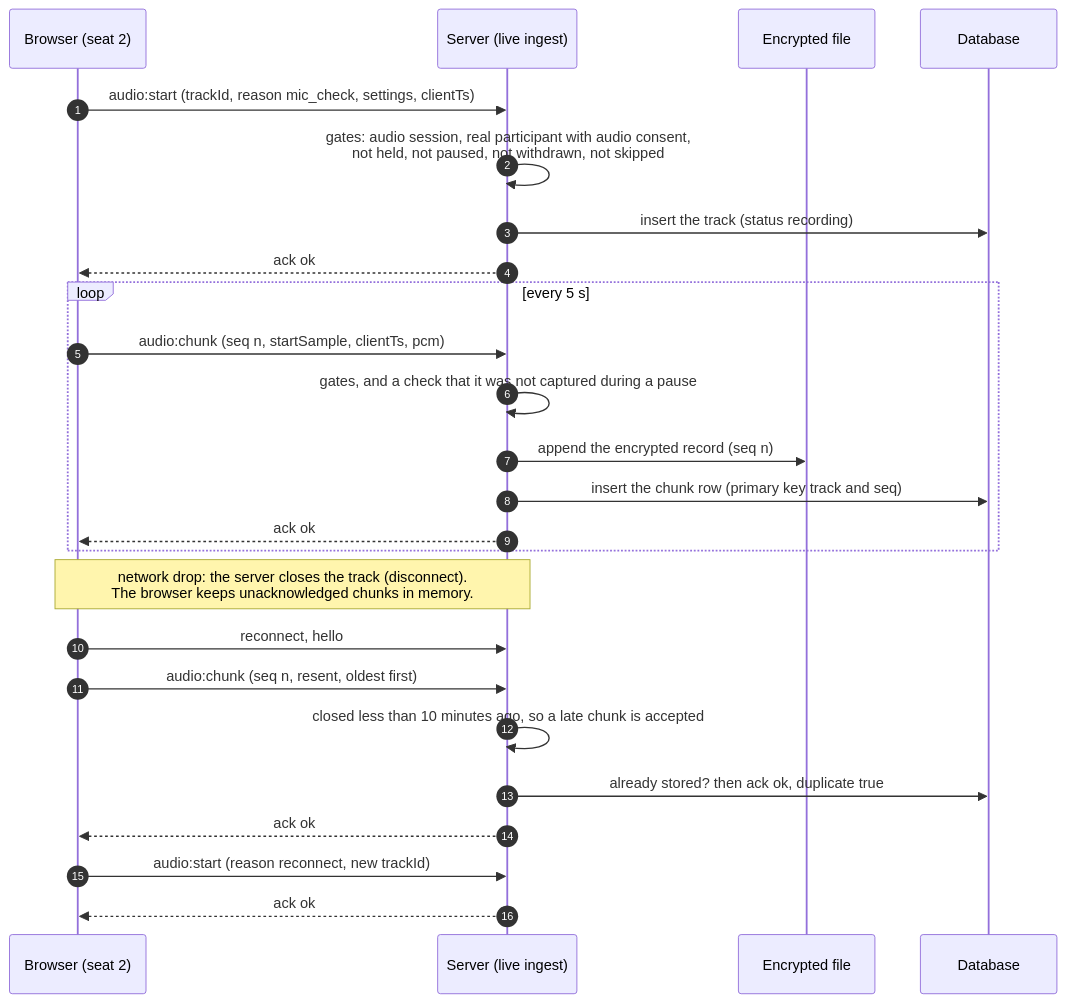
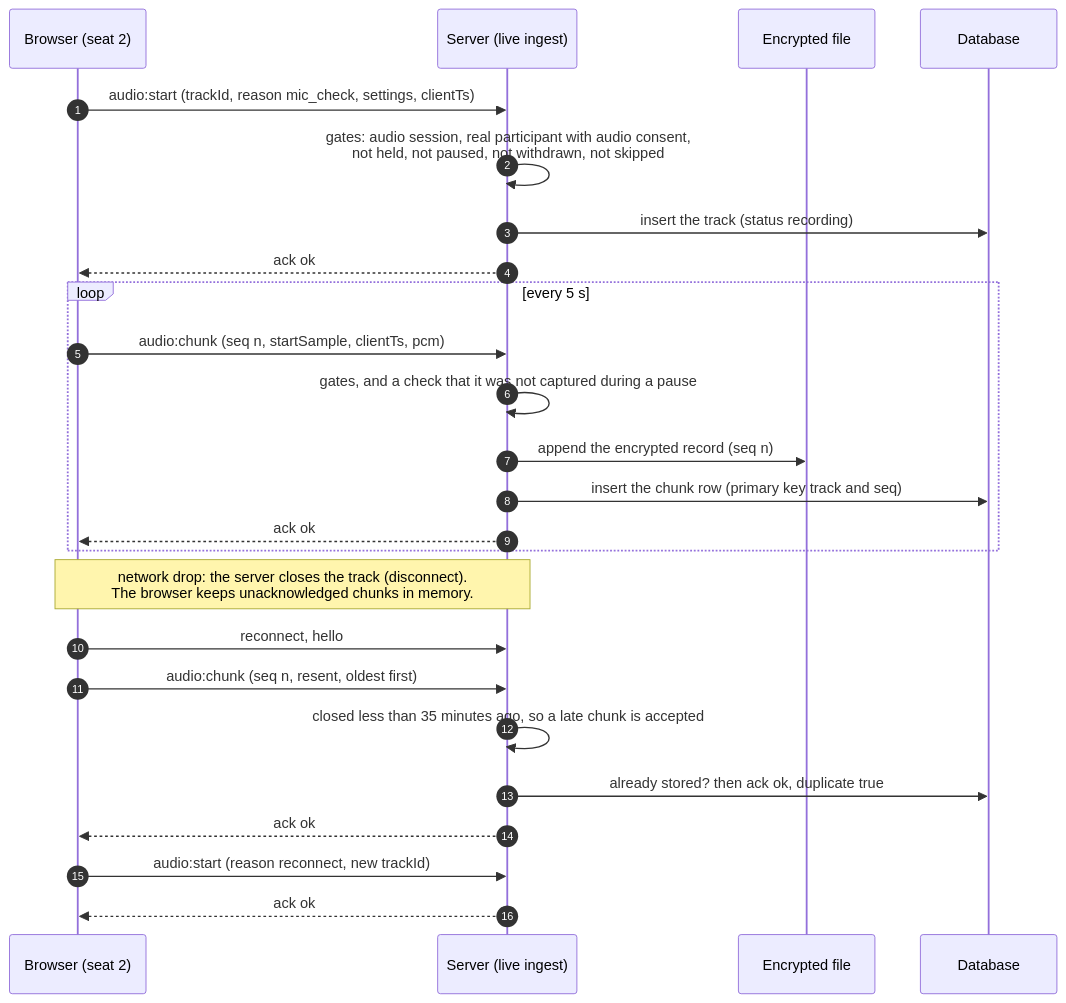
Before and after one commit to xy-zak/WhoKnowsWhoActs: the third of 11 diagrams in docs/AUDIO.md, drawn with Mermaid. The commit also changed other lines of this file and 10 other files, not shown here.

First line of the commit message:
Audio: late-chunk grace outlasts the browser's 30-minute buffer, so a long outage keeps its audio

````diff
--- a/docs/AUDIO.md
+++ b/docs/AUDIO.md
@@ -165,27 +165,27 @@
 ```mermaid
 sequenceDiagram
   autonumber
   participant B as Browser (seat 2)
   participant S as Server (live ingest)
   participant F as Encrypted file
   participant D as Database
   B->>S: audio:start (trackId, reason mic_check, settings, clientTs)
   S->>S: gates: audio session, real participant with audio consent,<br/>not held, not paused, not withdrawn, not skipped
   S->>D: insert the track (status recording)
   S-->>B: ack ok
   loop every 5 s
     B->>S: audio:chunk (seq n, startSample, clientTs, pcm)
     S->>S: gates, and a check that it was not captured during a pause
     S->>F: append the encrypted record (seq n)
     S->>D: insert the chunk row (primary key track and seq)
     S-->>B: ack ok
   end
   Note over B,S: network drop: the server closes the track (disconnect).<br/>The browser keeps unacknowledged chunks in memory.
   B->>S: reconnect, hello
   B->>S: audio:chunk (seq n, resent, oldest first)
-  S->>S: closed less than 10 minutes ago, so a late chunk is accepted
+  S->>S: closed less than 35 minutes ago, so a late chunk is accepted
   S->>D: already stored? then ack ok, duplicate true
   S-->>B: ack ok
   B->>S: audio:start (reason reconnect, new trackId)
   S-->>B: ack ok
 ```
````
